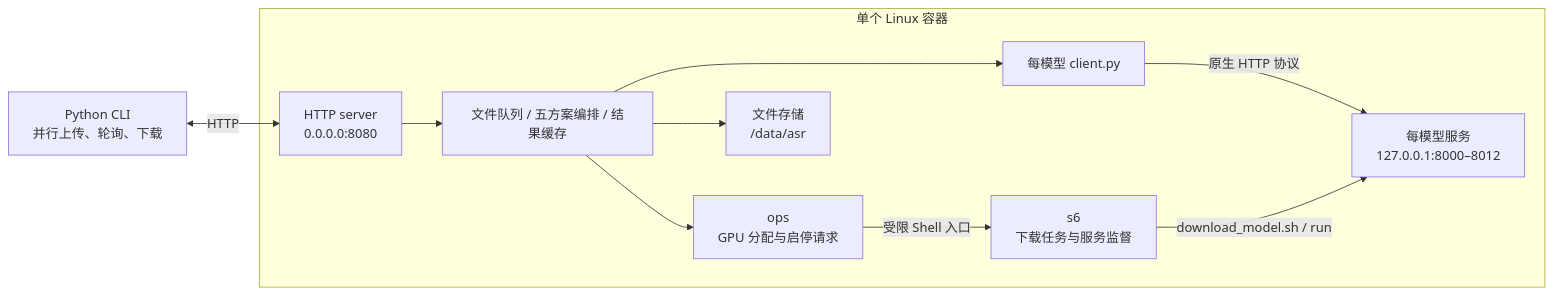
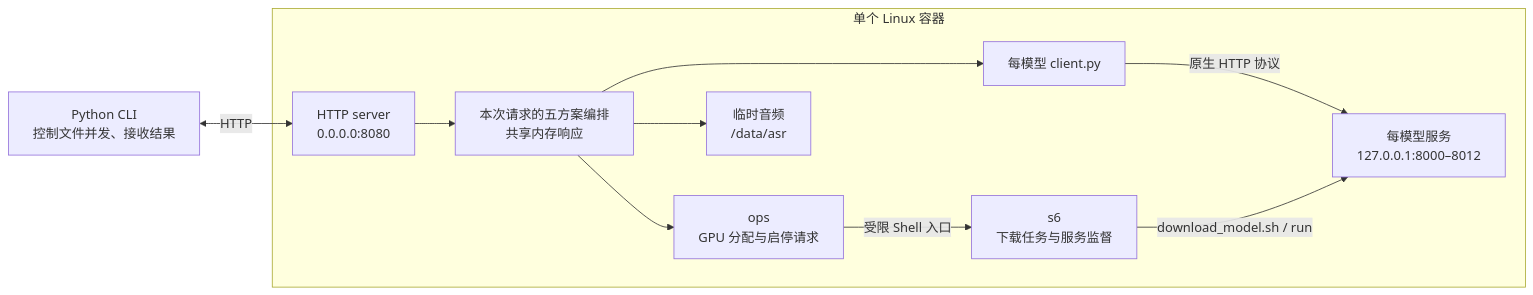
Before and after one commit to curoky/codespace: the first of 5 diagrams in platform/container/services/asr/DESIGN.md, drawn with Mermaid. The commit also changed other lines of this file and 65 other files, not shown here.

````diff
--- a/platform/container/services/asr/DESIGN.md
+++ b/platform/container/services/asr/DESIGN.md
@@ -16,21 +16,21 @@
 ```mermaid
 flowchart LR
-    CLI[Python CLI<br/>并行上传、轮询、下载]
+    CLI[Python CLI<br/>控制文件并发、接收结果]
     subgraph Container[单个 Linux 容器]
         API[HTTP server<br/>0.0.0.0:8080]
-        Jobs[文件队列 / 五方案编排 / 结果缓存]
+        Pipeline[本次请求的五方案编排<br/>共享内存响应]
         Ops[ops<br/>GPU 分配与启停请求]
         S6[s6<br/>下载任务与服务监督]
         Client[每模型 client.py]
         Model[每模型服务<br/>127.0.0.1:8000–8012]
-        Data[文件存储<br/>/data/asr]
-        API --> Jobs
-        Jobs --> Client
+        Data[临时音频<br/>/data/asr]
+        API --> Pipeline
+        Pipeline --> Client
         Client -->|原生 HTTP 协议| Model
-        Jobs --> Ops
+        Pipeline --> Ops
         Ops -->|受限 Shell 入口| S6
         S6 -->|download_model.sh / run| Model
-        Jobs --> Data
+        Pipeline --> Data
     end
     CLI <-->|HTTP| API
 ```
````
